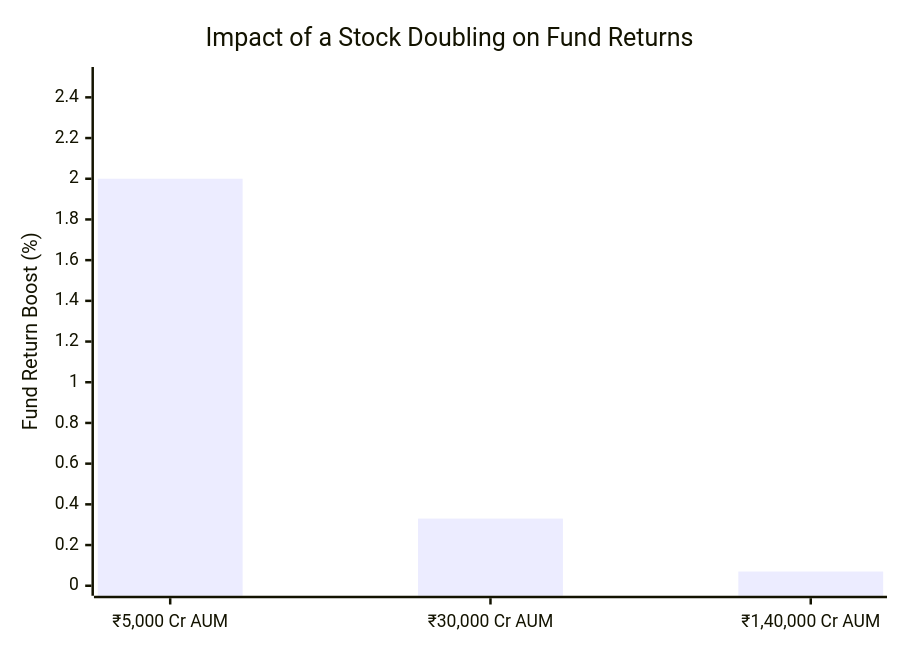
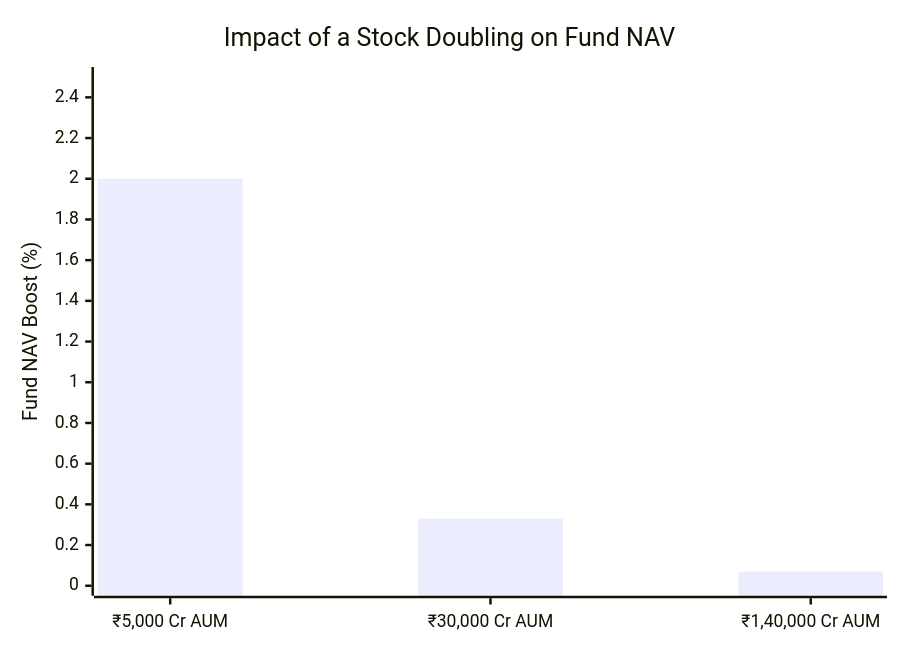
Before and after one commit to mayankutkarsh334/Investment: the sixth of 11 diagrams in Mutual Fund/FlexiCap/funds/parag_parikh/module4_cost.md, drawn with Mermaid. The commit also changed other lines of this file and 4 other files, not shown here.

````diff
--- a/Mutual Fund/FlexiCap/funds/parag_parikh/module4_cost.md
+++ b/Mutual Fund/FlexiCap/funds/parag_parikh/module4_cost.md
@@ -80,7 +138,7 @@
 ```mermaid
 xychart-beta
-    title "Impact of a Stock Doubling on Fund Returns"
+    title "Impact of a Stock Doubling on Fund NAV"
     x-axis ["₹5,000 Cr AUM", "₹30,000 Cr AUM", "₹1,40,000 Cr AUM"]
-    y-axis "Fund Return Boost (%)" 0 --> 2.5
+    y-axis "Fund NAV Boost (%)" 0 --> 2.5
     bar [2.0, 0.33, 0.07]
 ```
````
